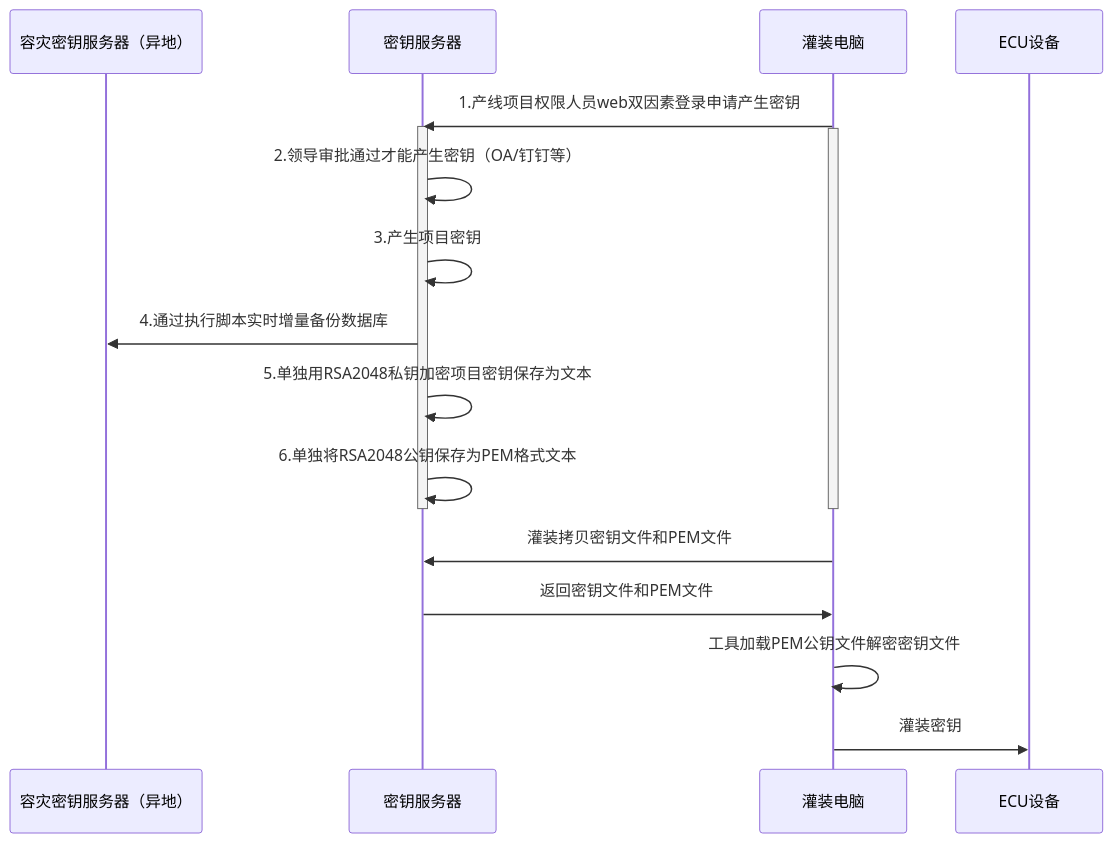
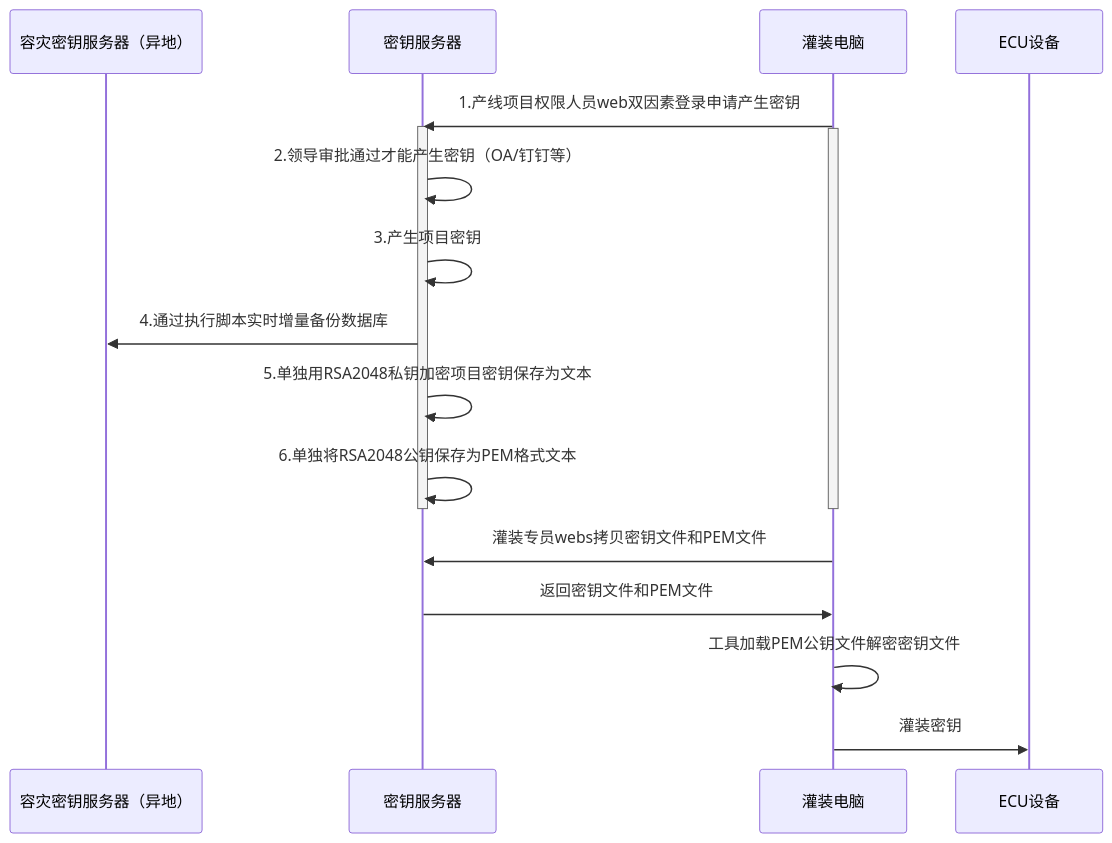
One commit to facebook-cloud/iodraw-files changed the diagram in all/未命名-15.md. Above: the diagram before and after it, drawn with Mermaid.

Commit message:
2026-02-11 19:48:01 update

````diff
--- a/all/未命名-15.md
+++ b/all/未命名-15.md
@@ -1,25 +1,25 @@
 ```mermaid
 sequenceDiagram
     participant A as 容灾密钥服务器（异地）
     participant B as 密钥服务器
     participant D as 灌装电脑
     participant E as ECU设备
 
     
     D->>B: 1.产线项目权限人员web双因素登录申请产生密钥
     activate B
     activate D
     B->>B: 2.领导审批通过才能产生密钥（OA/钉钉等）
     B->>B: 3.产生项目密钥
     B->>A: 4.通过执行脚本实时增量备份数据库
     B->>B: 5.单独用RSA2048私钥加密项目密钥保存为文本
     B->>B: 6.单独将RSA2048公钥保存为PEM格式文本
     deactivate B
     deactivate D
 
     
-    D->>B: 灌装拷贝密钥文件和PEM文件
+    D->>B: 灌装专员webs拷贝密钥文件和PEM文件
     B->>D: 返回密钥文件和PEM文件
     D->>D:工具加载PEM公钥文件解密密钥文件
     D->>E: 灌装密钥
 ```
````
